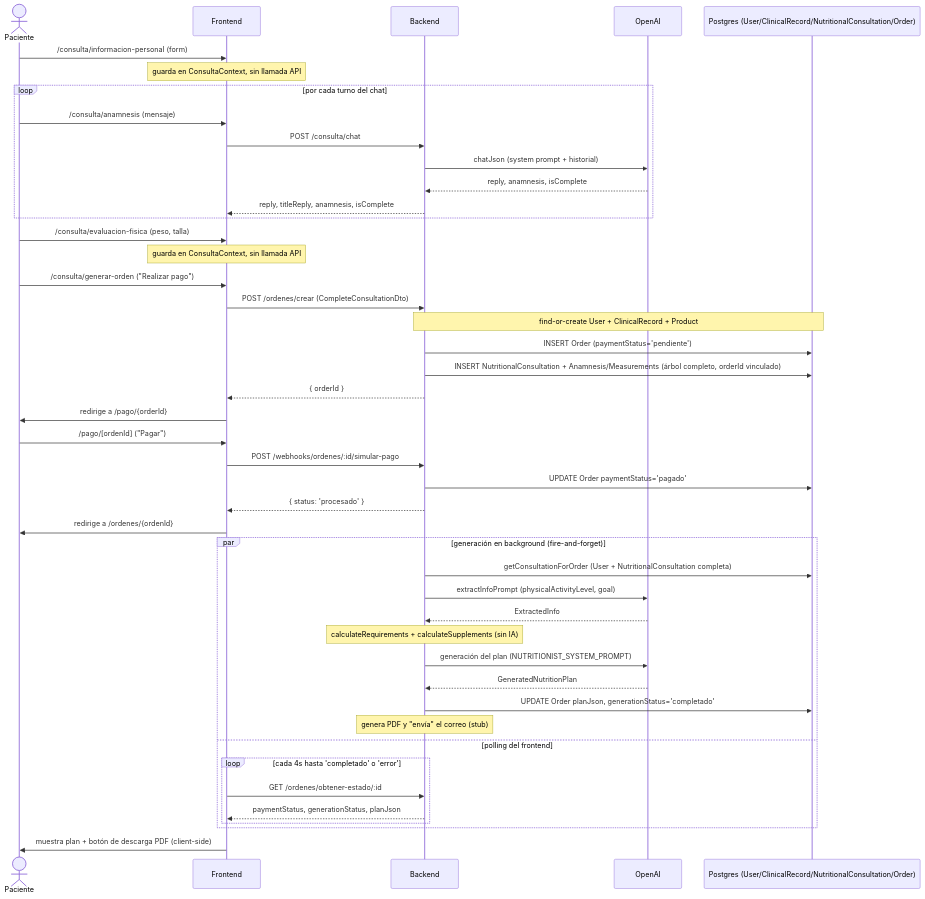
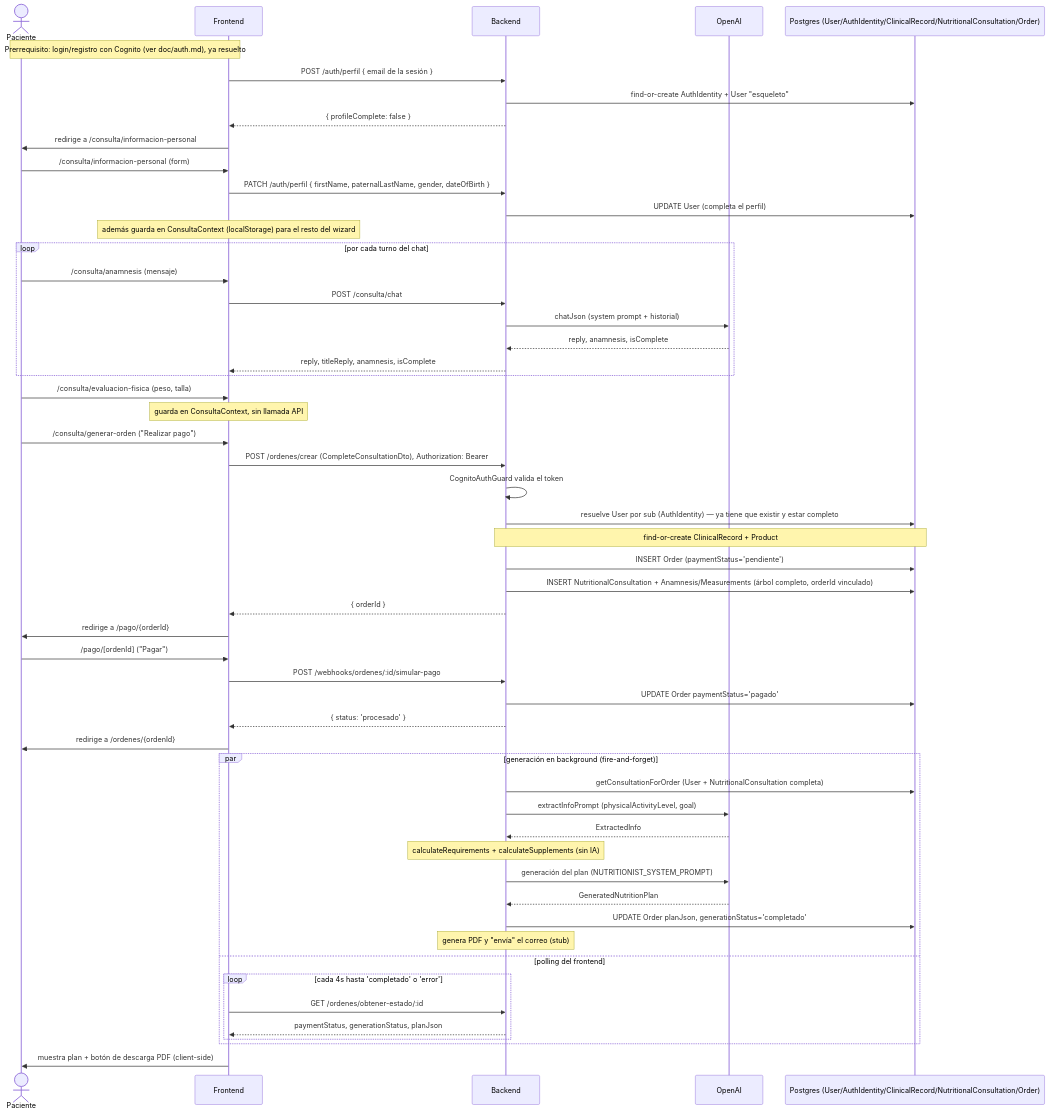
Before and after one commit to alvarocberna/fitplan-back: the diagram in doc/flow-happy-path.md, drawn with Mermaid. The commit also changed other lines of this file and 14 other files, not shown here.

First line of the commit message:
refactor(login): se refactorizan los endpoints para permitir crear la entidad User y AuthProvider en conjunto con la creación del usuario en el userpool de cognito, corrigiendo una inconsistencia importante.

````diff
--- a/doc/flow-happy-path.md
+++ b/doc/flow-happy-path.md
@@ -29,54 +36,64 @@
 ```mermaid
 sequenceDiagram
     actor Paciente
     participant FE as Frontend
     participant BE as Backend
     participant AI as OpenAI
-    participant DB as Postgres (User/ClinicalRecord/NutritionalConsultation/Order)
+    participant DB as Postgres (User/AuthIdentity/ClinicalRecord/NutritionalConsultation/Order)
+
+    Note over Paciente,FE: Prerrequisito: login/registro con Cognito (ver doc/auth.md), ya resuelto
+    FE->>BE: POST /auth/perfil { email de la sesión }
+    BE->>DB: find-or-create AuthIdentity + User "esqueleto"
+    BE-->>FE: { profileComplete: false }
+    FE->>Paciente: redirige a /consulta/informacion-personal
 
     Paciente->>FE: /consulta/informacion-personal (form)
-    Note over FE: guarda en ConsultaContext, sin llamada API
+    FE->>BE: PATCH /auth/perfil { firstName, paternalLastName, gender, dateOfBirth }
+    BE->>DB: UPDATE User (completa el perfil)
+    Note over FE: además guarda en ConsultaContext (localStorage) para el resto del wizard
 
     loop por cada turno del chat
         Paciente->>FE: /consulta/anamnesis (mensaje)
         FE->>BE: POST /consulta/chat
         BE->>AI: chatJson (system prompt + historial)
         AI-->>BE: reply, anamnesis, isComplete
         BE-->>FE: reply, titleReply, anamnesis, isComplete
     end
 
     Paciente->>FE: /consulta/evaluacion-fisica (peso, talla)
     Note over FE: guarda en ConsultaContext, sin llamada API
 
     Paciente->>FE: /consulta/generar-orden ("Realizar pago")
-    FE->>BE: POST /ordenes/crear (CompleteConsultationDto)
-    Note over BE,DB: find-or-create User + ClinicalRecord + Product
+    FE->>BE: POST /ordenes/crear (CompleteConsultationDto), Authorization: Bearer
+    BE->>BE: CognitoAuthGuard valida el token
+    BE->>DB: resuelve User por sub (AuthIdentity) — ya tiene que existir y estar completo
+    Note over BE,DB: find-or-create ClinicalRecord + Product
     BE->>DB: INSERT Order (paymentStatus='pendiente')
     BE->>DB: INSERT NutritionalConsultation + Anamnesis/Measurements (árbol completo, orderId vinculado)
     BE-->>FE: { orderId }
     FE->>Paciente: redirige a /pago/{orderId}
 
     Paciente->>FE: /pago/[ordenId] ("Pagar")
     FE->>BE: POST /webhooks/ordenes/:id/simular-pago
     BE->>DB: UPDATE Order paymentStatus='pagado'
     BE-->>FE: { status: 'procesado' }
     FE->>Paciente: redirige a /ordenes/{ordenId}
 
     par generación en background (fire-and-forget)
         BE->>DB: getConsultationForOrder (User + NutritionalConsultation completa)
         BE->>AI: extractInfoPrompt (physicalActivityLevel, goal)
         AI-->>BE: ExtractedInfo
         Note over BE: calculateRequirements + calculateSupplements (sin IA)
         BE->>AI: generación del plan (NUTRITIONIST_SYSTEM_PROMPT)
         AI-->>BE: GeneratedNutritionPlan
         BE->>DB: UPDATE Order planJson, generationStatus='completado'
         Note over BE: genera PDF y "envía" el correo (stub)
     and polling del frontend
         loop cada 4s hasta 'completado' o 'error'
             FE->>BE: GET /ordenes/obtener-estado/:id
             BE-->>FE: paymentStatus, generationStatus, planJson
         end
     end
 
     FE->>Paciente: muestra plan + botón de descarga PDF (client-side)
 ```
````
